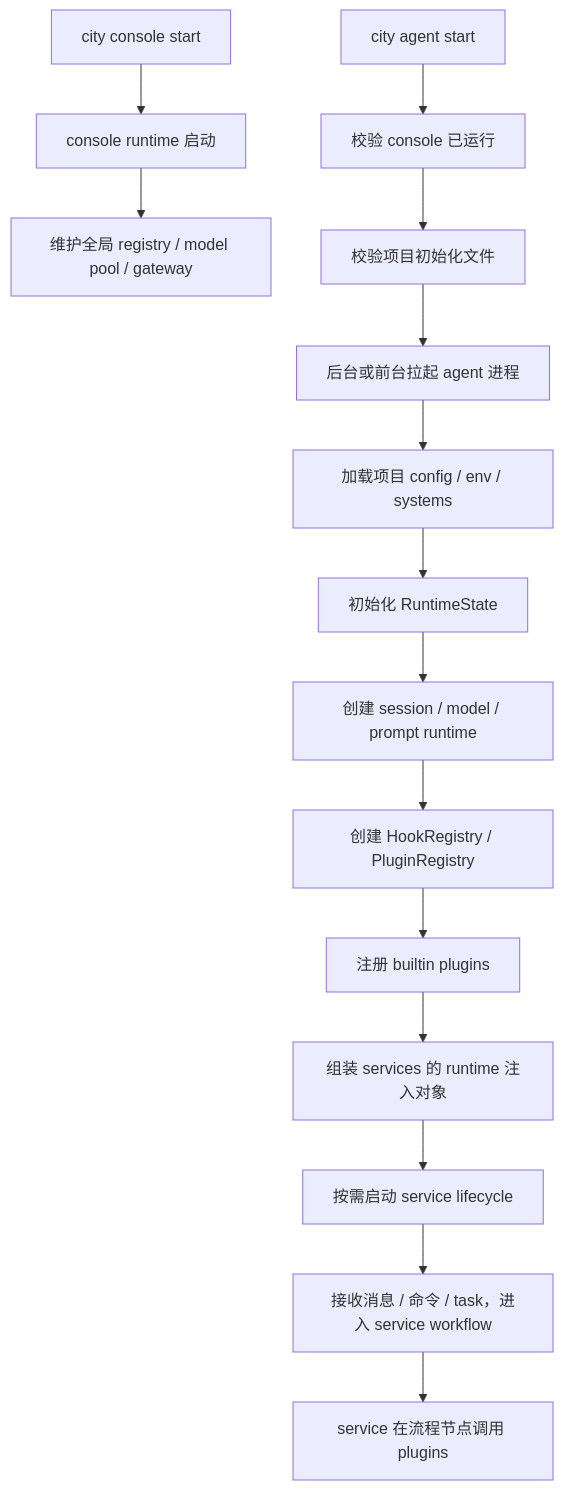
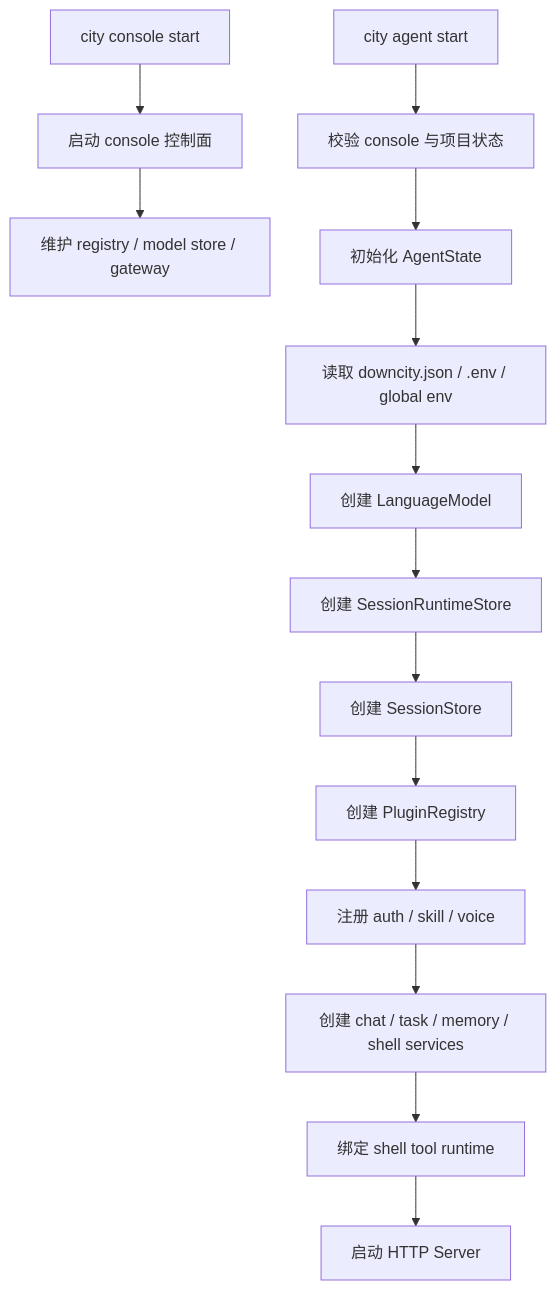
Before and after one commit to wangenius/downcity: the second of 3 diagrams in homepage/content/devdocs/zh/package/runtime-and-services.mdx, drawn with Mermaid. The commit also changed other lines of this file and 37 other files, not shown here.

````diff
--- a/homepage/content/devdocs/zh/package/runtime-and-services.mdx
+++ b/homepage/content/devdocs/zh/package/runtime-and-services.mdx
@@ -91,18 +102,17 @@
 ```mermaid
 flowchart TD
-  A["city console start"] --> B["console runtime 启动"]
-  B --> C["维护全局 registry / model pool / gateway"]
+  A["city console start"] --> B["启动 console 控制面"]
+  B --> C["维护 registry / model store / gateway"]
 
-  D["city agent start <project>"] --> E["校验 console 已运行"]
-  E --> F["校验项目初始化文件"]
-  F --> G["后台或前台拉起 agent 进程"]
-  G --> H["加载项目 config / env / systems"]
-  H --> I["初始化 RuntimeState"]
-  I --> J["创建 session / model / prompt runtime"]
-  J --> K["创建 HookRegistry / PluginRegistry"]
-  K --> L["注册 builtin plugins"]
-  L --> M["组装 services 的 runtime 注入对象"]
-  M --> N["按需启动 service lifecycle"]
-  N --> O["接收消息 / 命令 / task，进入 service workflow"]
-  O --> P["service 在流程节点调用 plugins"]
+  D["city agent start"] --> E["校验 console 与项目状态"]
+  E --> F["初始化 AgentState"]
+  F --> G["读取 downcity.json / .env / global env"]
+  G --> H["创建 LanguageModel"]
+  H --> I["创建 SessionRuntimeStore"]
+  I --> J["创建 SessionStore"]
+  J --> K["创建 PluginRegistry"]
+  K --> L["注册 auth / skill / voice"]
+  L --> M["创建 chat / task / memory / shell services"]
+  M --> N["绑定 shell tool runtime"]
+  N --> O["启动 HTTP Server"]
 ```
````
